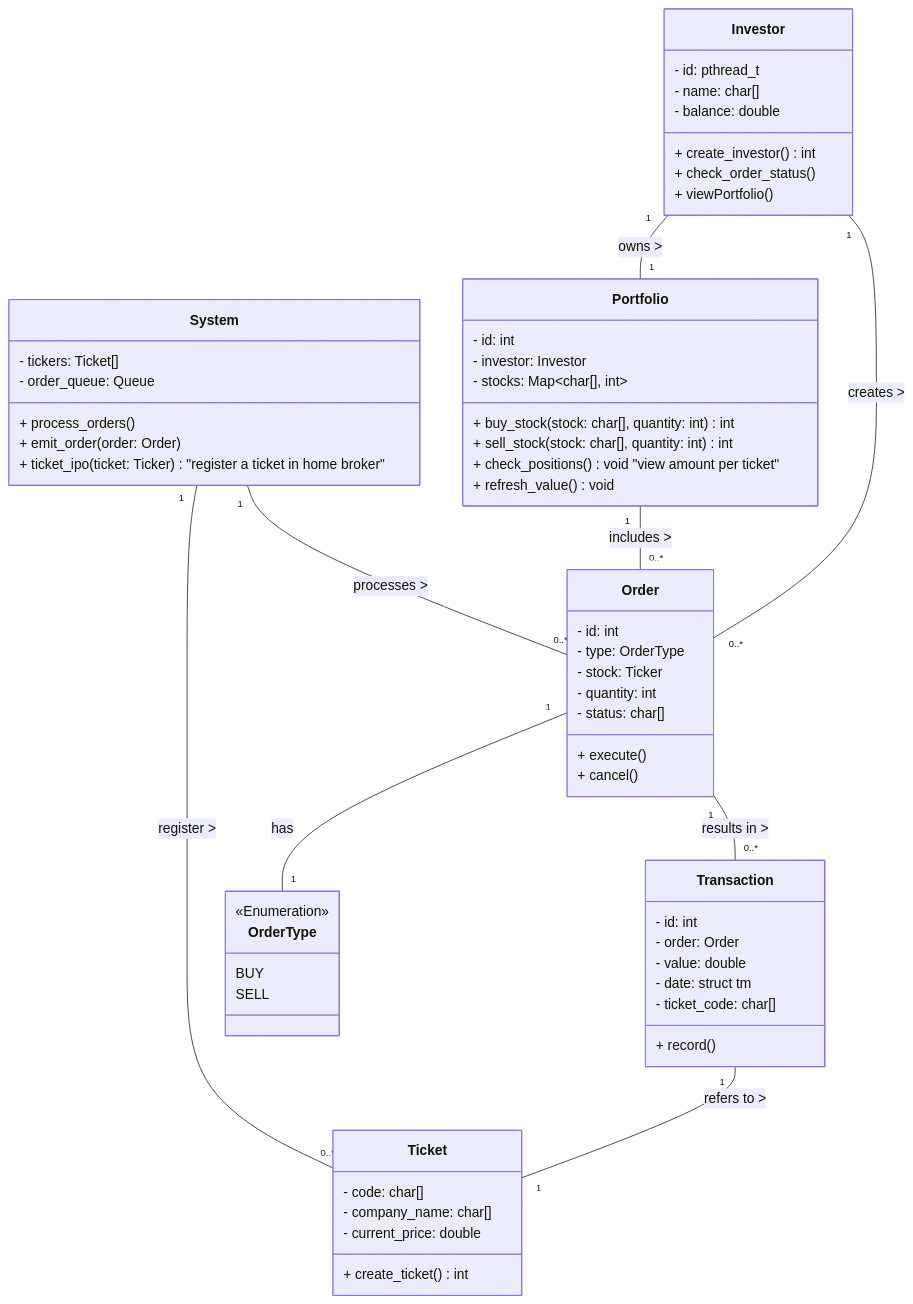
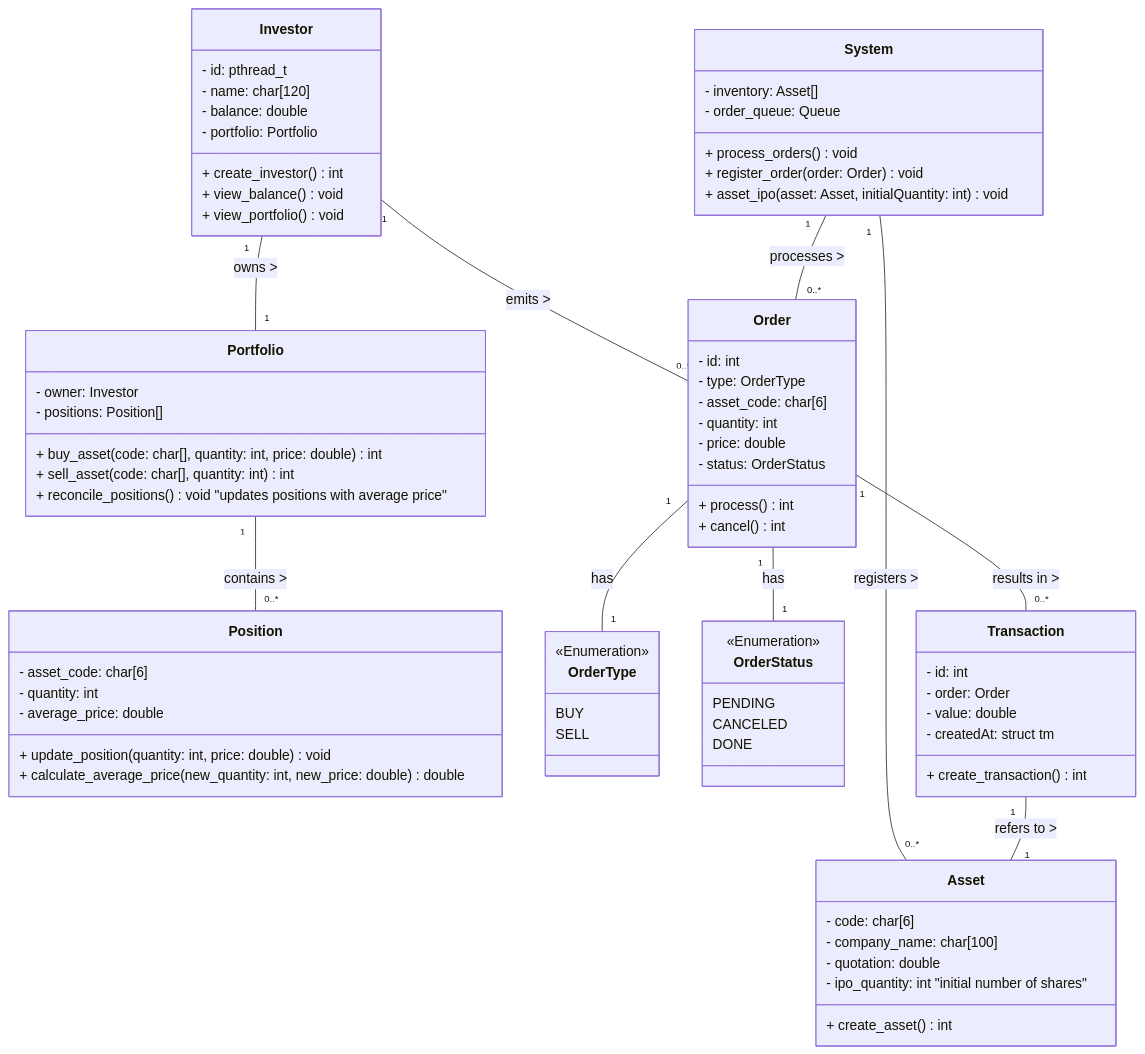
The diagram in docs/index.md (ImGabreuw/home-broker-simulation), drawn with Mermaid before and after one commit. The commit also changed other lines of this file, not shown here.

Commit message:
docs: add position and system

````diff
--- a/docs/index.md
+++ b/docs/index.md
@@ -4,11 +4,39 @@
 classDiagram
     class Investor {
         - id: pthread_t
-        - name: char[]
+        - name: char[120]
         - balance: double
+        - portfolio: Portfolio
         + create_investor() int
-        + check_order_status()
-        + viewPortfolio()
+        + view_balance() void
+        + view_portfolio() void
+    }
+
+    class Portfolio {
+        - owner: Investor
+        - positions: Position[]
+        + buy_asset(code: char[], quantity: int, price: double) int
+        + sell_asset(code: char[], quantity: int) int
+        + reconcile_positions() void "updates positions with average price"
+    }
+
+    class Position {
+        - asset_code: char[6]
+        - quantity: int
+        - average_price: double
+        + update_position(quantity: int, price: double) void
+        + calculate_average_price(new_quantity: int, new_price: double) double
+    }
+
+    class Order {
+        - id: int
+        - type: OrderType
+        - asset_code: char[6]
+        - quantity: int
+        - price: double
+        - status: OrderStatus
+        + process() int
+        + cancel() int
     }
 
     class OrderType {
@@ -17,56 +45,44 @@
         SELL
     }
 
-    class Order {
-        - id: int
-        - type: OrderType
-        - stock: Ticker
-        - quantity: int
-        - status: char[]
-        + execute()
-        + cancel()
+    class OrderStatus {
+        <<Enumeration>>
+        PENDING
+        CANCELED
+        DONE
     }
 
-    class Ticket {
-        - code: char[]
-        - company_name: char[]
-        - current_price: double
-        + create_ticket() int
+    class Asset {
+        - code: char[6]
+        - company_name: char[100]
+        - quotation: double
+        - ipo_quantity: int "initial number of shares"
+        + create_asset() int
     }
 
     class System {
-	    - tickers: Ticket[]
+	    - inventory: Asset[]
         - order_queue: Queue<Order>
-        + process_orders()
-        + emit_order(order: Order)
-        + ticket_ipo(ticket: Ticker) "register a ticket in home broker"
+        + process_orders() void
+        + register_order(order: Order) void
+        + asset_ipo(asset: Asset, initialQuantity: int) void
     }
 
     class Transaction {
         - id: int
         - order: Order
         - value: double
-        - date: struct tm
-        - ticket_code: char[]
-        + record()
+        - createdAt: struct tm
+        + create_transaction() int
     }
 
-    class Portfolio {
-        - id: int
-        - investor: Investor
-        - stocks: Map~char[], int~
-        + buy_stock(stock: char[], quantity: int) int
-        + sell_stock(stock: char[], quantity: int) int
-        + check_positions() void "view amount per ticket"
-        + refresh_value() void
-    }
-
-    Investor "1" -- "0..*" Order : creates >
+    Investor "1" -- "0..*" Order : emits >
     Investor "1" -- "1" Portfolio : owns >
     System "1" -- "0..*" Order : processes >
-    System "1" -- "0..*" Ticket : register >
+    System "1" -- "0..*" Asset : registers >
     Order "1" -- "0..*" Transaction : results in >
     Order "1" -- "1" OrderType : has
-    Transaction "1" -- "1" Ticket : refers to >
-    Portfolio "1" -- "0..*" Order : includes >
+    Order "1" -- "1" OrderStatus : has
+    Transaction "1" -- "1" Asset : refers to >
+    Portfolio "1" -- "0..*" Position : contains >
 ```
````
